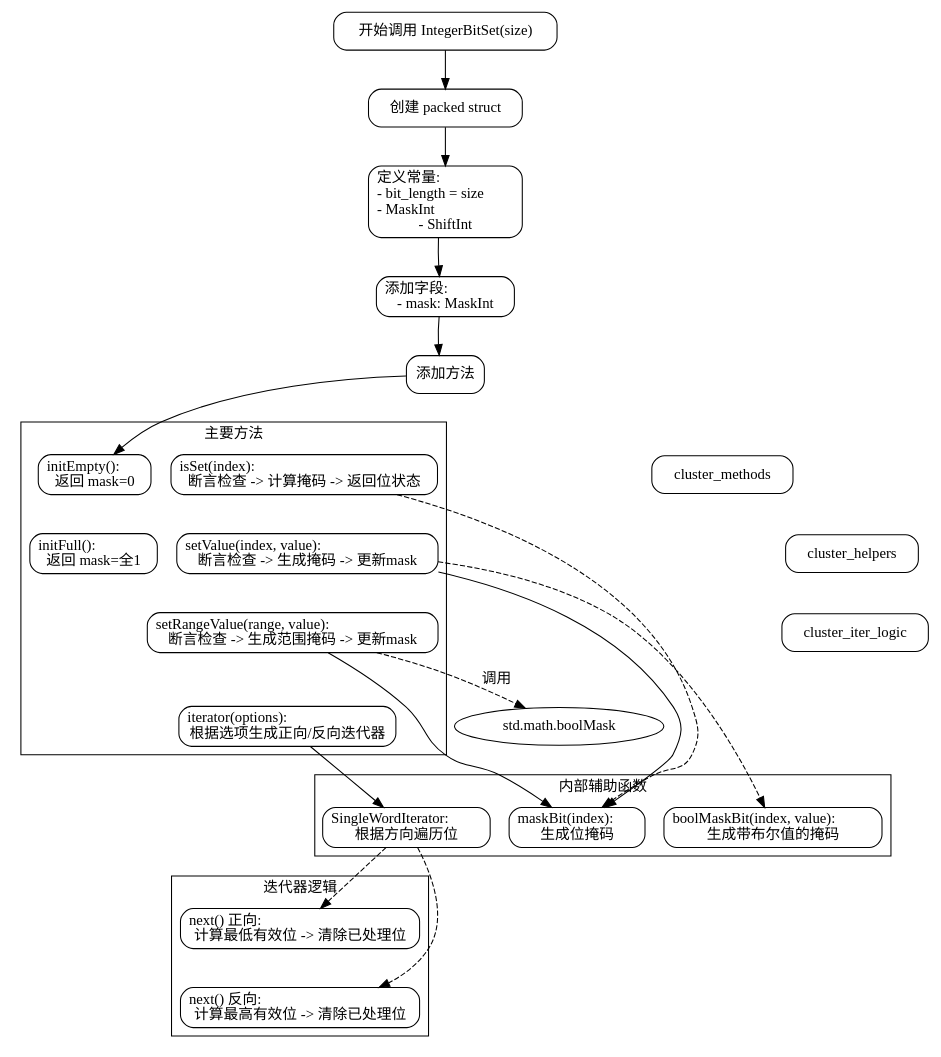
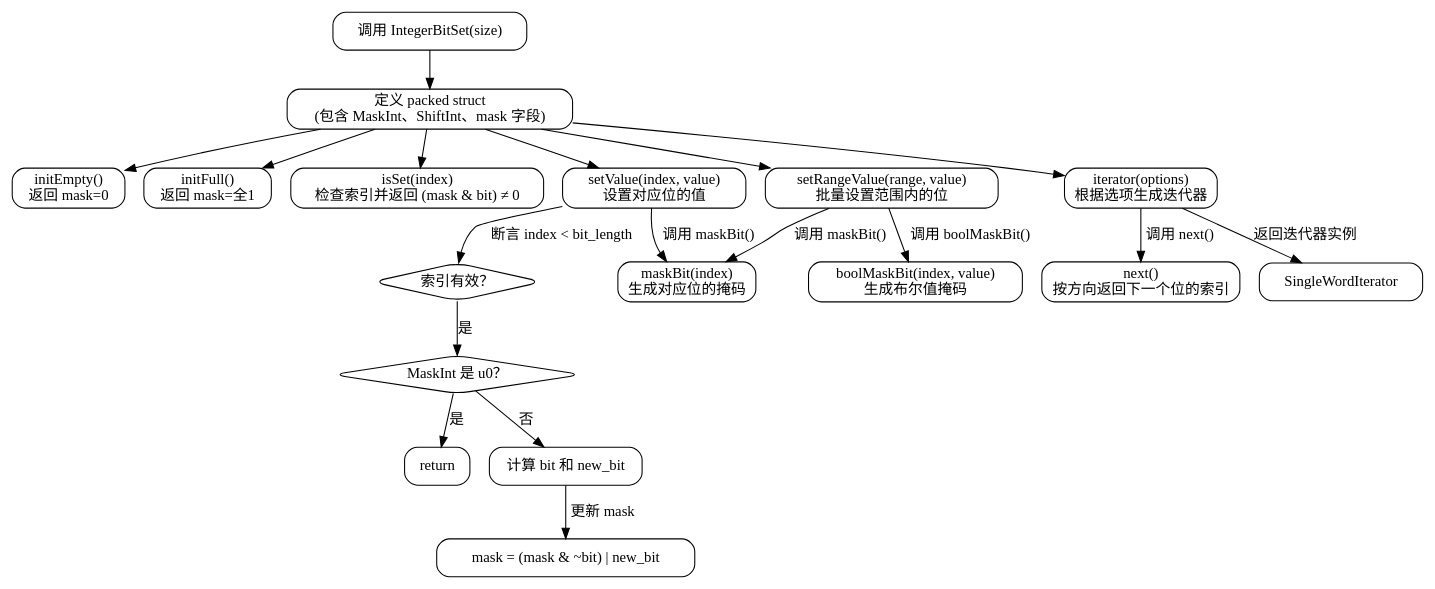
Before and after one commit to sdzx-1/deepseek-zig-reader: the diagram in dot_std/bit_set.zig.IntegerBitSet.md, drawn with Graphviz. The commit also changed other lines of this file and 236 other files, not shown here.

````diff
--- a/dot_std/bit_set.zig.IntegerBitSet.md
+++ b/dot_std/bit_set.zig.IntegerBitSet.md
@@ -19,61 +34,54 @@
 ```dot
 digraph IntegerBitSet {
     rankdir="TB";
-    node [shape=rectangle, style=rounded];
+    node [shape=rectangle, style="rounded"];
 
-    start [label="开始调用 IntegerBitSet(size)"];
-    create_struct [label="创建 packed struct"];
-    define_constants [label="定义常量:\l- bit_length = size\l- MaskInt\l- ShiftInt"];
-    add_fields [label="添加字段:\l- mask: MaskInt"];
-    add_methods [label="添加方法"];
+    // 入口点
+    start [label="调用 IntegerBitSet(size)"];
+    start -> struct_def;
 
-    start -> create_struct -> define_constants -> add_fields -> add_methods;
+    // 结构体定义
+    struct_def [label="定义 packed struct\n(包含 MaskInt、ShiftInt、mask 字段)"];
+    struct_def -> initEmpty;
+    struct_def -> initFull;
+    struct_def -> isSet;
+    struct_def -> setValue;
+    struct_def -> setRangeValue;
+    struct_def -> iterator;
 
-    subgraph cluster_methods {
-        label="主要方法";
-        initEmpty [label="initEmpty():\l返回 mask=0"];
-        initFull [label="initFull():\l返回 mask=全1"];
-        isSet [label="isSet(index):\l断言检查 -> 计算掩码 -> 返回位状态"];
-        setValue [label="setValue(index, value):\l断言检查 -> 生成掩码 -> 更新mask"];
-        setRangeValue [label="setRangeValue(range, value):\l断言检查 -> 生成范围掩码 -> 更新mask"];
-        iterator [label="iterator(options):\l根据选项生成正向/反向迭代器"];
+    // 初始化方法
+    initEmpty [label="initEmpty()\n返回 mask=0"];
+    initFull [label="initFull()\n返回 mask=全1"];
 
-        initEmpty -> initFull [style=invis];
-        isSet -> setValue [style=invis];
-        setValue -> setRangeValue [style=invis];
-        setRangeValue -> iterator [style=invis];
-    }
+    // 基本操作
+    isSet [label="isSet(index)\n检查索引并返回 (mask & bit) ≠ 0"];
+    setValue [label="setValue(index, value)\n设置对应位的值"];
+    setRangeValue [label="setRangeValue(range, value)\n批量设置范围内的位"];
 
-    add_methods -> initEmpty [lhead=cluster_methods];
+    // 迭代器逻辑
+    iterator [label="iterator(options)\n根据选项生成迭代器"];
+    iterator -> next [label="调用 next()"];
+    next [label="next()\n按方向返回下一个位的索引"];
 
-    subgraph cluster_helpers {
-        label="内部辅助函数";
-        maskBit [label="maskBit(index):\l生成位掩码"];
-        boolMaskBit [label="boolMaskBit(index, value):\l生成带布尔值的掩码"];
-        SingleWordIterator [label="SingleWordIterator:\l根据方向遍历位"];
-    }
+    // 方法间关系
+    setValue -> maskBit [label="调用 maskBit()"];
+    setRangeValue -> maskBit [label="调用 maskBit()"];
+    setRangeValue -> boolMaskBit [label="调用 boolMaskBit()"];
+    iterator -> SingleWordIterator [label="返回迭代器实例"];
 
-    setValue -> maskBit;
-    setRangeValue -> maskBit;
-    iterator -> SingleWordIterator;
+    // 辅助函数
+    maskBit [label="maskBit(index)\n生成对应位的掩码"];
+    boolMaskBit [label="boolMaskBit(index, value)\n生成布尔值掩码"];
 
-    edge [style=dashed];
-    isSet -> maskBit;
-    setValue -> boolMaskBit;
-    setRangeValue -> std_math_boolMask [label="调用"];
-    std_math_boolMask [label="std.math.boolMask", shape=ellipse];
-
-    subgraph cluster_iter_logic {
-        label="迭代器逻辑";
-        next_forward [label="next() 正向:\l计算最低有效位 -> 清除已处理位"];
-        next_reverse [label="next() 反向:\l计算最高有效位 -> 清除已处理位"];
-        next_forward -> next_reverse [style=invis];
-    }
-
-    SingleWordIterator -> next_forward;
-    SingleWordIterator -> next_reverse;
-
-    edge [style=invis];
-    define_constants -> add_fields -> add_methods -> cluster_methods -> cluster_helpers -> cluster_iter_logic;
+    // 条件分支示例（以 setValue 为例）
+    setValue -> check_index [label="断言 index < bit_length"];
+    check_index [shape=diamond, label="索引有效？"];
+    check_index -> check_u0 [label="是"];
+    check_u0 [shape=diamond, label="MaskInt 是 u0？"];
+    check_u0 -> return [label="是"];
+    check_u0 -> compute_bit [label="否"];
+    compute_bit [label="计算 bit 和 new_bit"];
+    compute_bit -> update_mask [label="更新 mask"];
+    update_mask [label="mask = (mask & ~bit) | new_bit"];
 }
-``` 
+```
````
